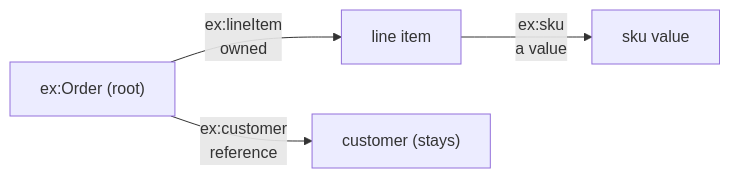
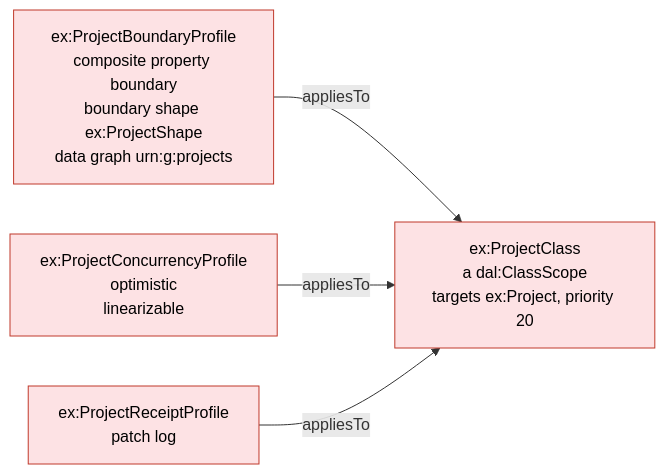
Before and after one commit to nebularis/lattice: diagram 19 of 50 in ontology/persistence/README.md, drawn with Mermaid. The commit also changed other lines of this file and 9 other files, not shown here.

````diff
--- a/ontology/persistence/README.md
+++ b/ontology/persistence/README.md
@@ -5507,6 +1904,11 @@
 ```mermaid
 flowchart LR
-    O["ex:Order (root)"] -- "ex:lineItem<br/>owned" --> L["line item"]
-    L -- "ex:sku<br/>a value" --> S["sku value"]
-    O -- "ex:customer<br/>reference" --> C["customer (stays)"]
+    S["ex:ProjectClass<br/>a dal:ClassScope<br/>targets ex:Project, priority 20"]:::author
+    B["ex:ProjectBoundaryProfile<br/>composite property boundary<br/>boundary shape ex:ProjectShape<br/>data graph urn:g:projects"]:::author
+    C["ex:ProjectConcurrencyProfile<br/>optimistic<br/>linearizable"]:::author
+    R["ex:ProjectReceiptProfile<br/>patch log"]:::author
+    B -- appliesTo --> S
+    C -- appliesTo --> S
+    R -- appliesTo --> S
+    classDef author fill:#fde2e4,stroke:#c0392b,color:#000
 ```
````
